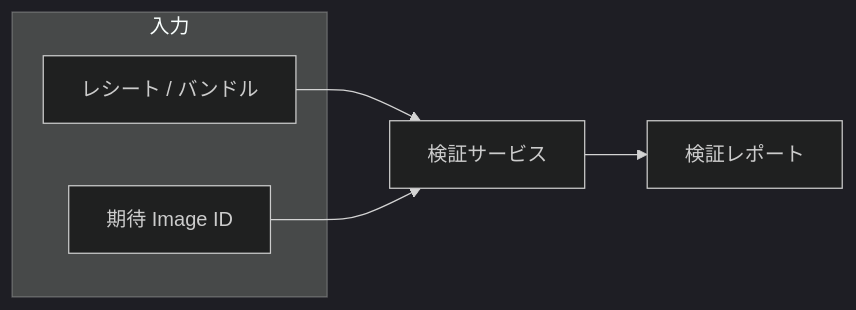
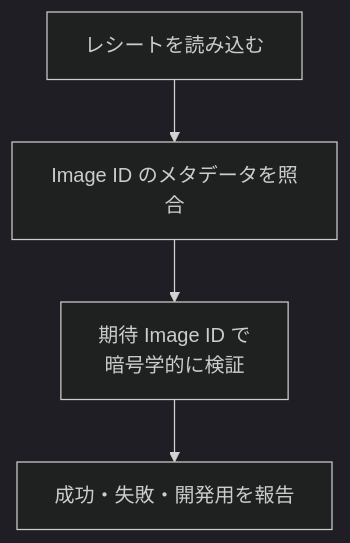
The diagram in public-book/src/zkvm/verifier-service.md (hwatanabe-jp/stark-ballot-simulator-public), drawn with Mermaid (dark theme) before and after one commit. The commit also changed other lines of this file and 1197 other files, not shown here.

````diff
--- a/public-book/src/zkvm/verifier-service.md
+++ b/public-book/src/zkvm/verifier-service.md
@@ -11,11 +9,6 @@
 ```mermaid
-flowchart LR
-  subgraph 入力
-    RCP[レシート / バンドル]
-    EID["期待 Image ID"]
-  end
-
-  RCP --> VS[検証サービス]
-  EID --> VS
-  VS --> RPT[検証レポート]
+flowchart TB
+  R[レシートを読み込む] --> M[Image ID のメタデータを照合]
+  M --> V[期待 Image ID で<br/>暗号学的に検証]
+  V --> O[成功・失敗・開発用を報告]
 ```
````
